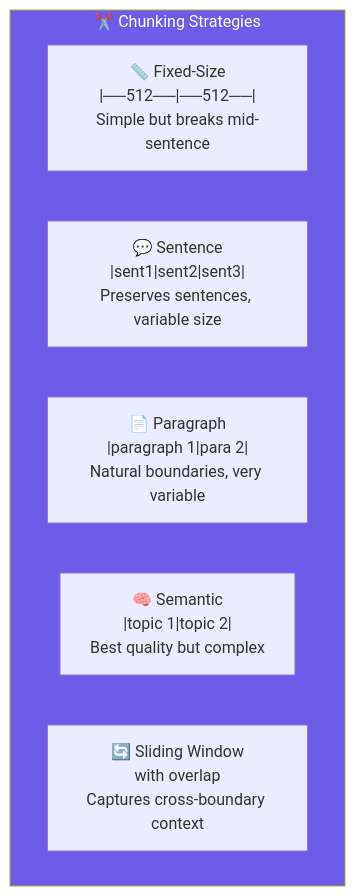
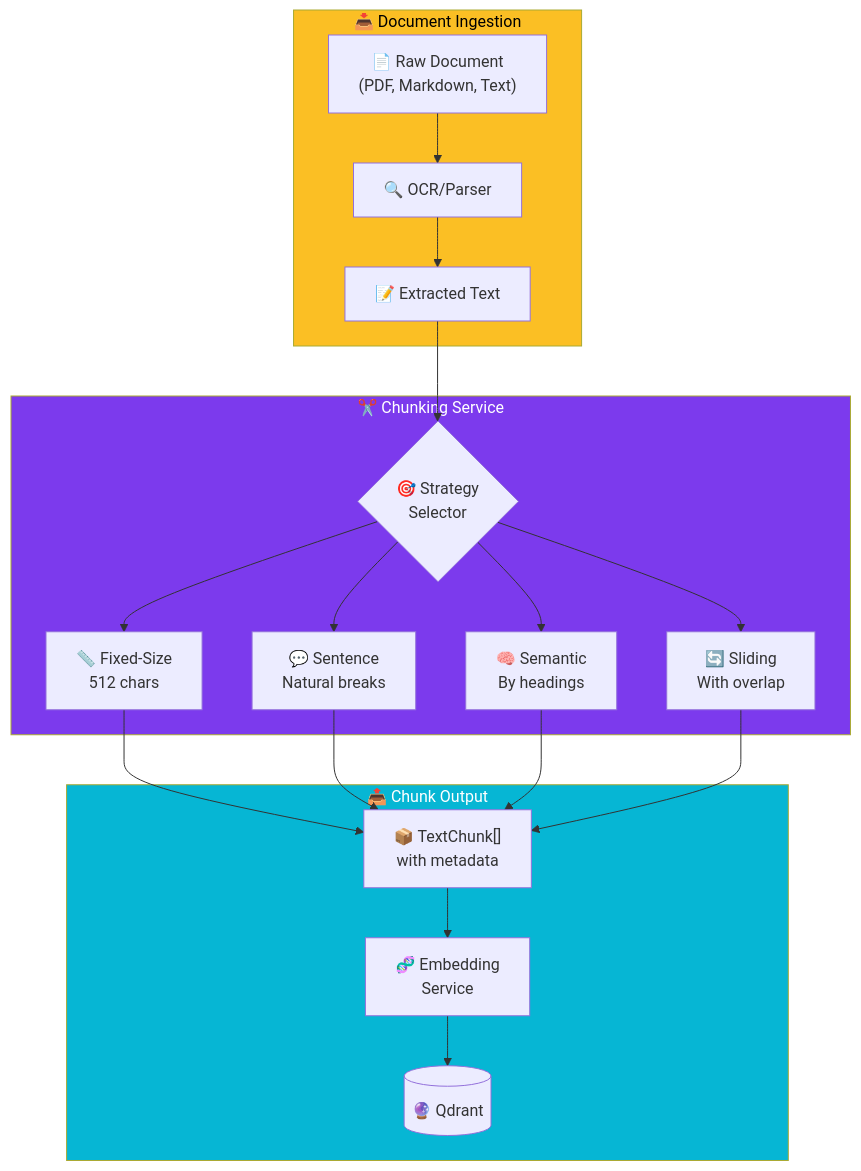
One commit to viktorrobin/bluerobin-blog changed the first of 2 diagrams in src/content/blog/text-chunking-strategies-rag.mdx. Above: the diagram before and after it, drawn with Mermaid. The commit also changed other lines of this file and 127 other files, not shown here.

````diff
--- a/src/content/blog/text-chunking-strategies-rag.mdx
+++ b/src/content/blog/text-chunking-strategies-rag.mdx
@@ -39,12 +39,45 @@
 ```mermaid
 flowchart TB
-    subgraph Strategies["✂️ Chunking Strategies"]
-        Fixed["📏 Fixed-Size\n|──512──|──512──|\nSimple but breaks mid-sentence"]
-        Sentence["💬 Sentence\n|sent1|sent2|sent3|\nPreserves sentences, variable size"]
-        Paragraph["📄 Paragraph\n|paragraph 1|para 2|\nNatural boundaries, very variable"]
-        Semantic["🧠 Semantic\n|topic 1|topic 2|\nBest quality but complex"]
-        Sliding["🔄 Sliding Window\nwith overlap\nCaptures cross-boundary context"]
+    subgraph Ingestion["📥 Document Ingestion"]
+        Doc["📄 Raw Document\n(PDF, Markdown, Text)"]
+        OCR["🔍 OCR/Parser"]
+        Text["📝 Extracted Text"]
     end
 
-    style Strategies fill:#6c5ce7,color:#fff
+    subgraph Chunking["✂️ Chunking Service"]
+        Strategy{"🎯 Strategy\nSelector"}
+        Fixed["📏 Fixed-Size\n512 chars"]
+        Sentence["💬 Sentence\nNatural breaks"]
+        Semantic["🧠 Semantic\nBy headings"]
+        Sliding["🔄 Sliding\nWith overlap"]
+    end
+
+    subgraph Output["📤 Chunk Output"]
+        Chunks["📦 TextChunk[]\nwith metadata"]
+        Embed["🧬 Embedding\nService"]
+        Store[("🔮 Qdrant")]
+    end
+
+    Doc --> OCR --> Text
+    Text --> Strategy
+    Strategy --> Fixed
+    Strategy --> Sentence
+    Strategy --> Semantic
+    Strategy --> Sliding
+    
+    Fixed --> Chunks
+    Sentence --> Chunks
+    Semantic --> Chunks
+    Sliding --> Chunks
+    
+    Chunks --> Embed --> Store
+
+    classDef primary fill:#7c3aed,color:#fff
+    classDef secondary fill:#06b6d4,color:#fff
+    classDef db fill:#f43f5e,color:#fff
+    classDef warning fill:#fbbf24,color:#000
+
+    class Chunking primary
+    class Output secondary
+    class Ingestion warning
 ```
````
